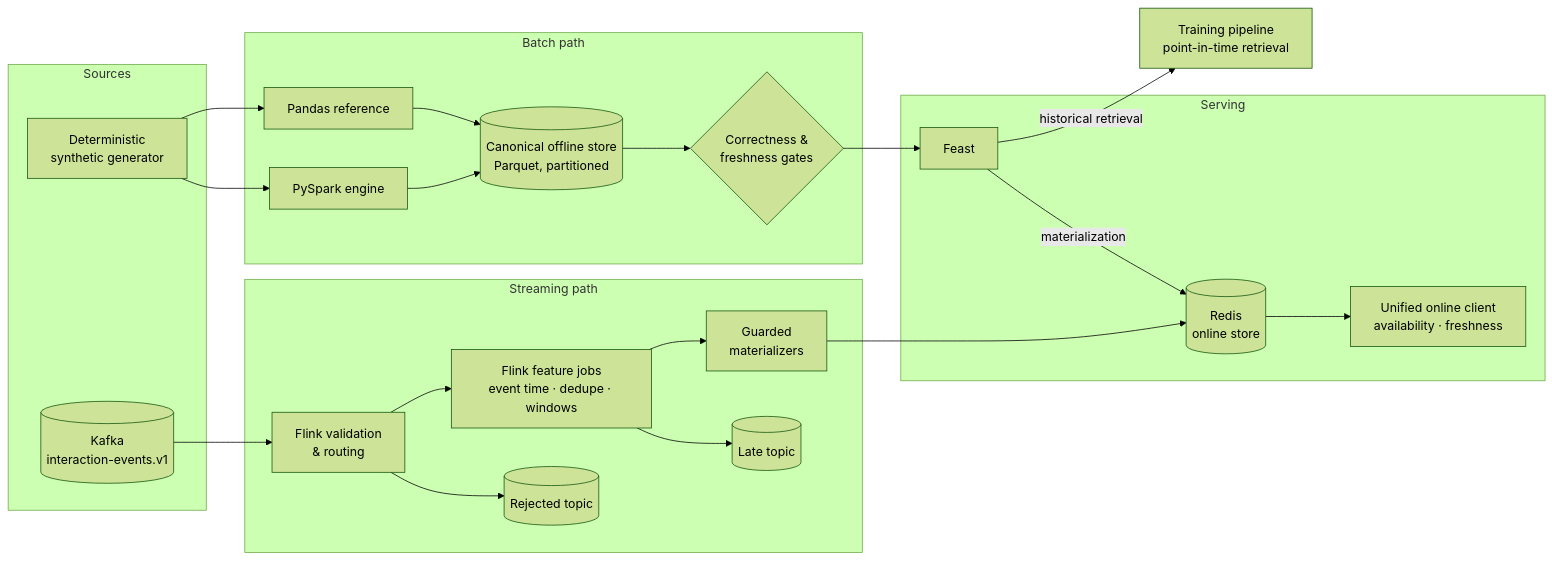
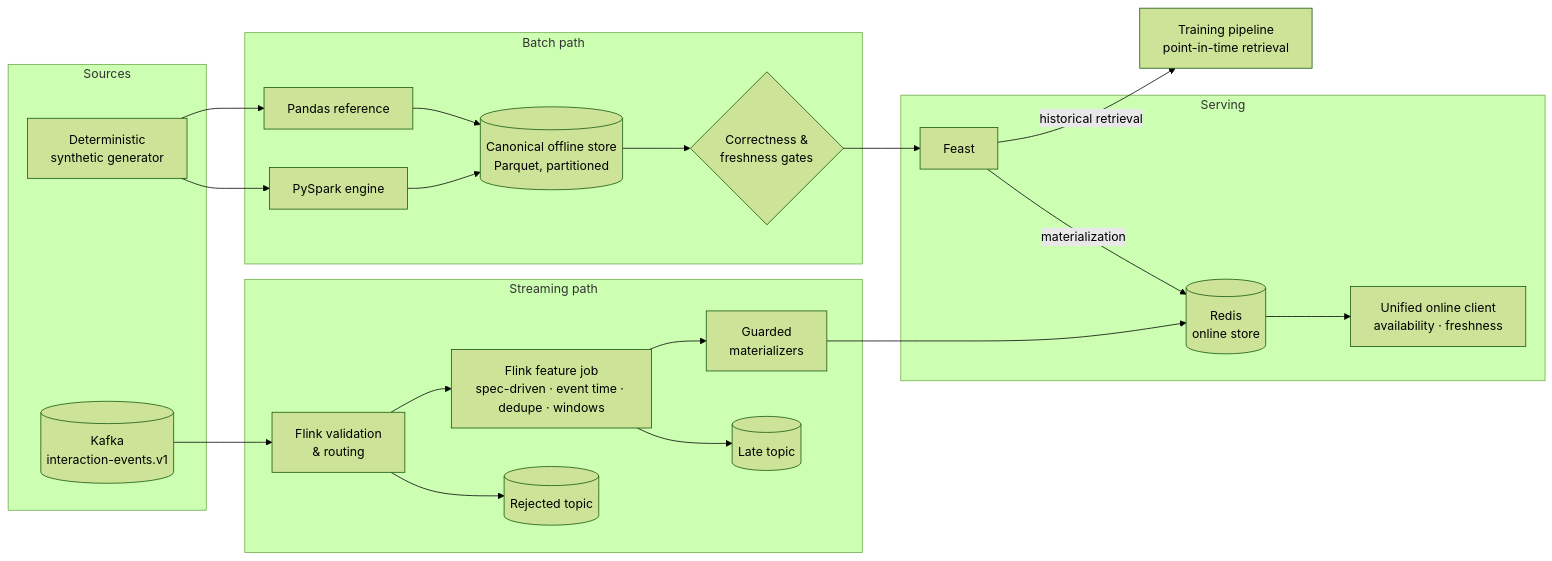
One commit to oster-dev/featureforge changed the diagram in README.md. Above: the diagram before and after it, drawn with Mermaid (forest theme). The commit also changed other lines of this file and 15 other files, not shown here.

First line of the commit message:
refactor: remove the hand-written feature jobs (#27)

````diff
--- a/README.md
+++ b/README.md
@@ -22,38 +22,38 @@
 ```mermaid
 flowchart LR
     subgraph Sources
         GEN[Deterministic<br/>synthetic generator]
         EV[(Kafka<br/>interaction-events.v1)]
     end
 
     subgraph Batch["Batch path"]
         PD[Pandas reference]
         SP[PySpark engine]
         OFF[(Canonical offline store<br/>Parquet, partitioned)]
         GATE{Correctness &<br/>freshness gates}
     end
 
     subgraph Stream["Streaming path"]
         VAL[Flink validation<br/>& routing]
         REJ[(Rejected topic)]
-        FJ[Flink feature jobs<br/>event time · dedupe · windows]
+        FJ[Flink feature job<br/>spec-driven · event time · dedupe · windows]
         LATE[(Late topic)]
         MAT[Guarded<br/>materializers]
     end
 
     subgraph Serving
         FEAST[Feast]
         REDIS[(Redis<br/>online store)]
         API[Unified online client<br/>availability · freshness]
     end
 
     TRAIN[Training pipeline<br/>point-in-time retrieval]
 
     GEN --> PD & SP --> OFF --> GATE --> FEAST
     FEAST -->|historical retrieval| TRAIN
     FEAST -->|materialization| REDIS
     EV --> VAL --> FJ --> MAT --> REDIS
     VAL --> REJ
     FJ --> LATE
     REDIS --> API
 ```
````
